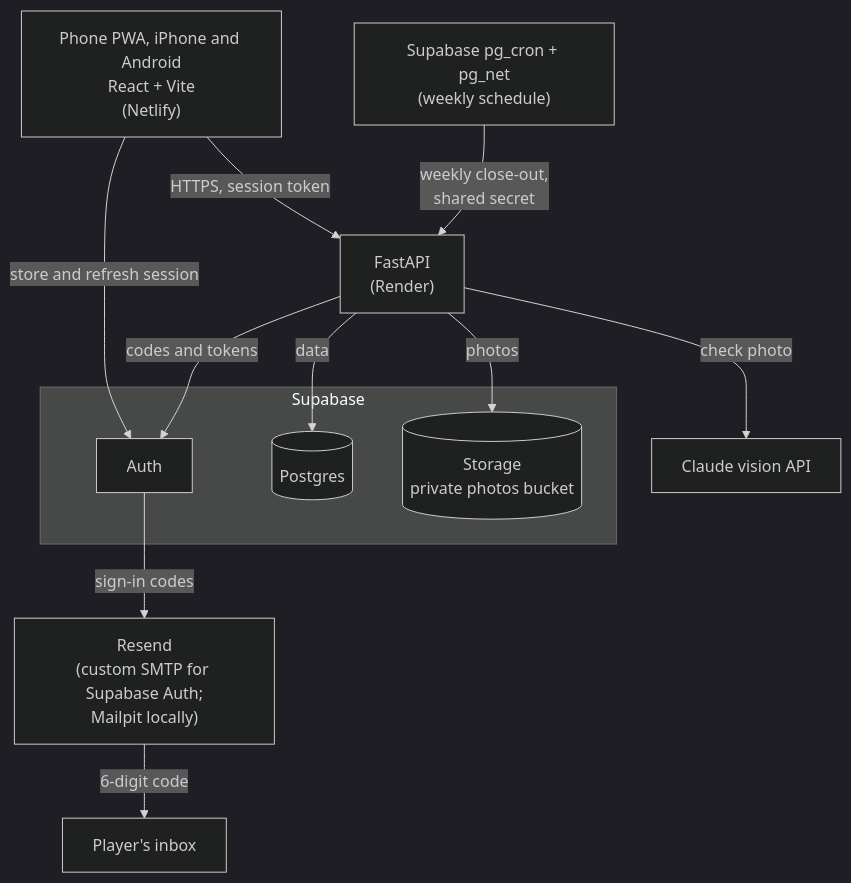
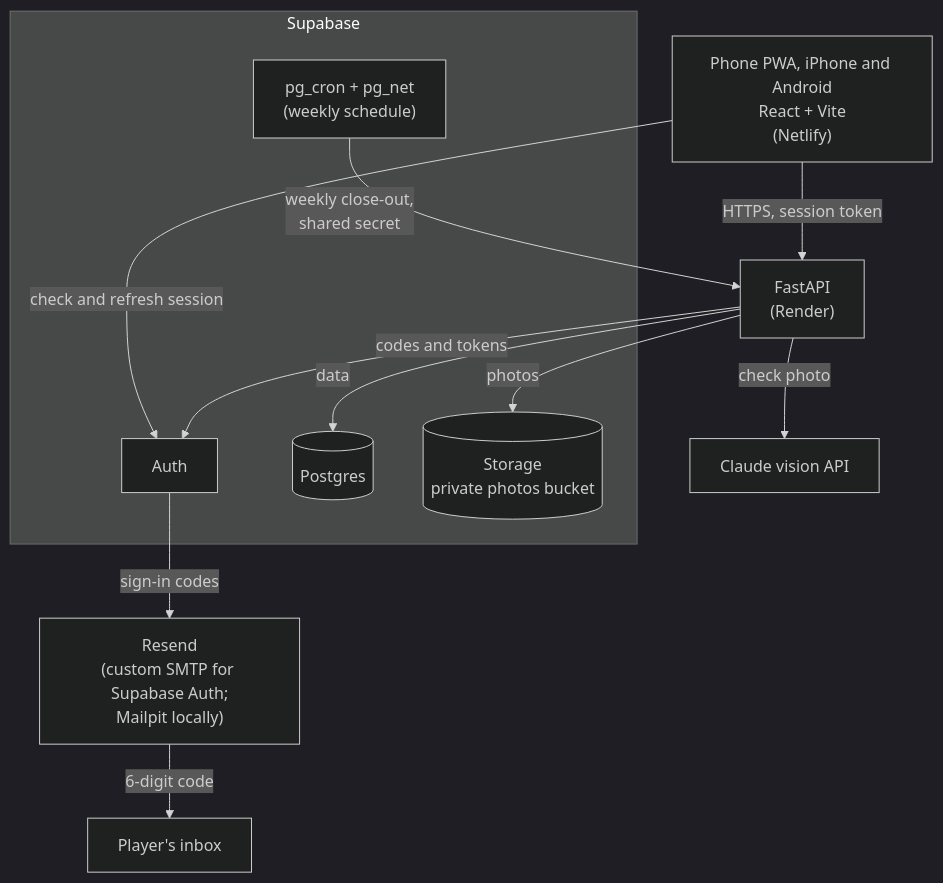
Before and after one commit to azamatsmith/soul-search: the first of 5 diagrams in docs/architecture.md, drawn with Mermaid (dark theme). The commit also changed other lines of this file, not shown here.

Commit message:
docs: match the login flow and system diagram to what is built

````diff
--- a/docs/architecture.md
+++ b/docs/architecture.md
@@ -9,25 +9,25 @@
 ```mermaid
 flowchart TB
     phone["Phone PWA, iPhone and Android<br/>React + Vite<br/>(Netlify)"]
     api["FastAPI<br/>(Render)"]
     claude["Claude vision API"]
     email["Resend<br/>(custom SMTP for Supabase Auth;<br/>Mailpit locally)"]
     inbox["Player's inbox"]
-    cron["Supabase pg_cron + pg_net<br/>(weekly schedule)"]
 
     subgraph supabase["Supabase"]
         auth["Auth"]
         db[("Postgres")]
         storage[("Storage<br/>private photos bucket")]
+        cron["pg_cron + pg_net<br/>(weekly schedule)"]
     end
 
     phone -- "HTTPS, session token" --> api
-    phone -- "store and refresh session" --> auth
+    phone -- "check and refresh session" --> auth
     api -- "check photo" --> claude
     api -- "codes and tokens" --> auth
     api -- "data" --> db
     api -- "photos" --> storage
     cron -- "weekly close-out,<br/>shared secret" --> api
     auth -- "sign-in codes" --> email
     email -- "6-digit code" --> inbox
 ```
````
